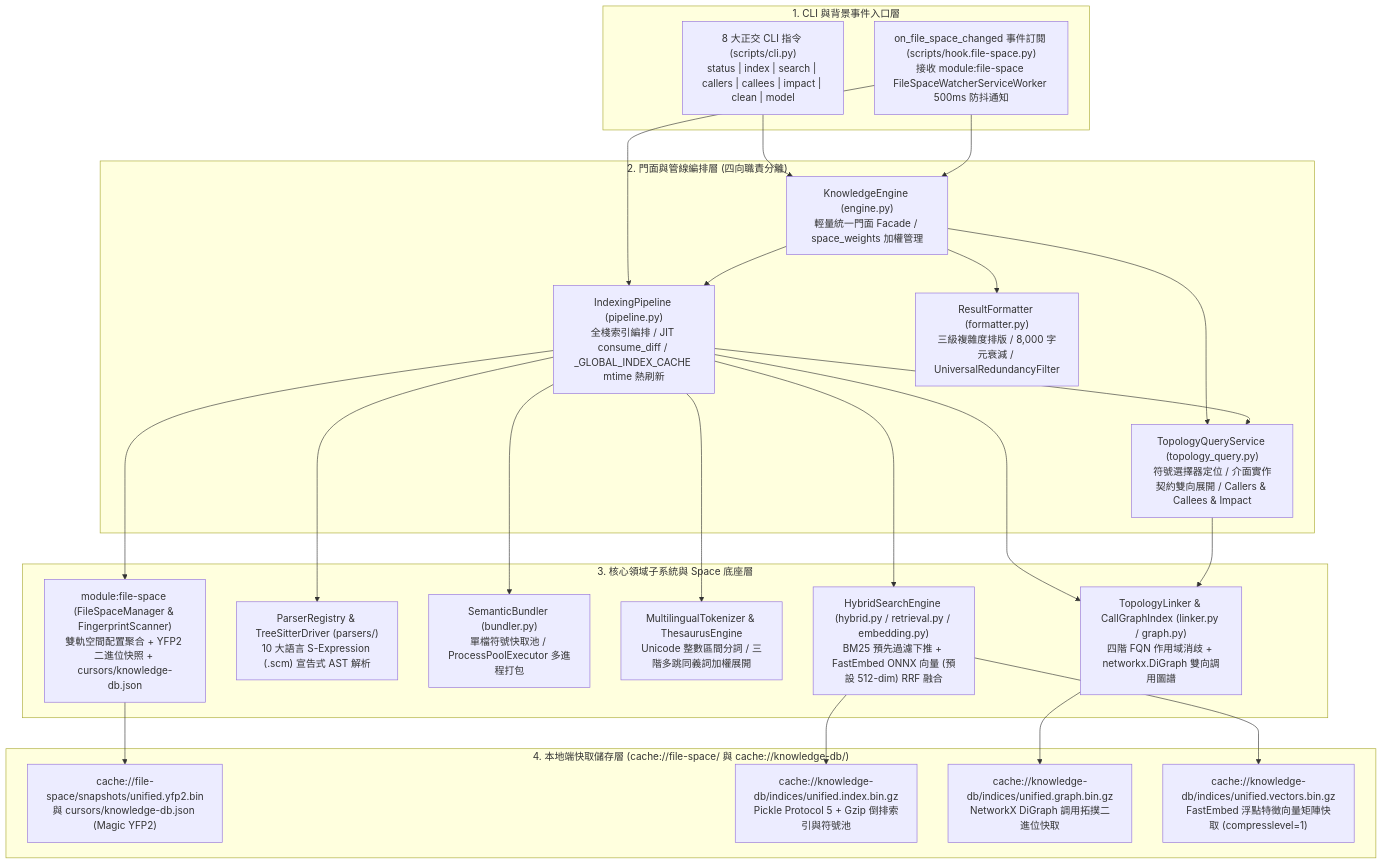
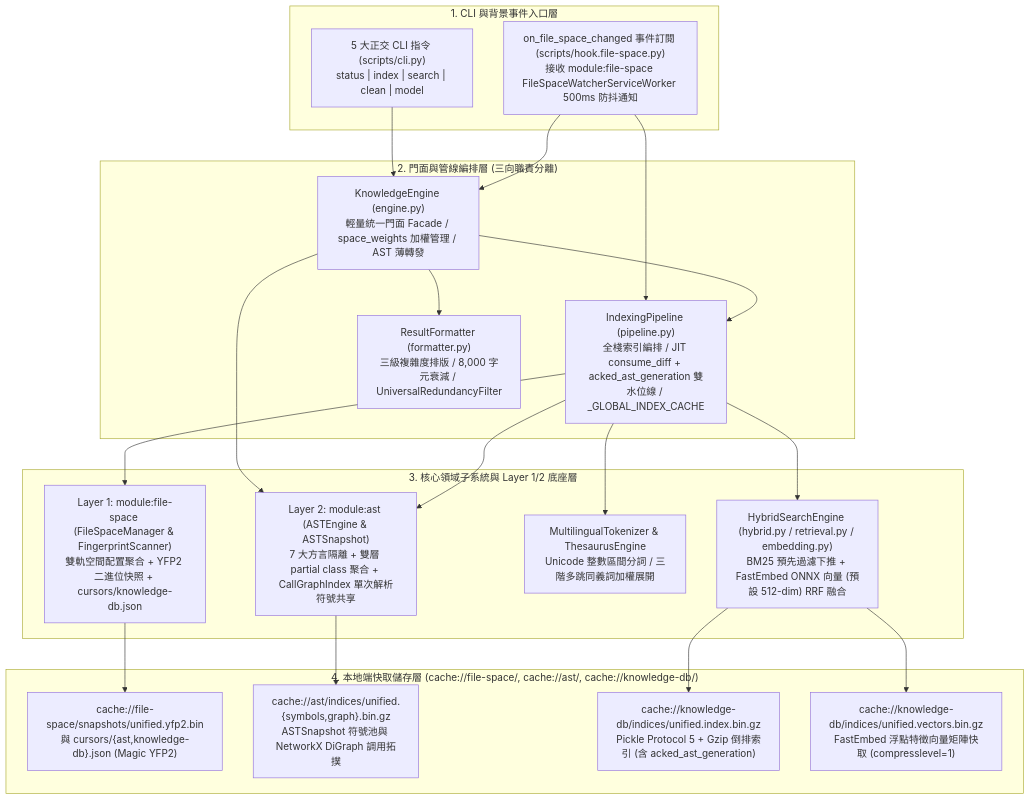
Before and after one commit to ysnaive/ys-codebase: the first of 2 diagrams in docs/knowledge-db/architecture.md, drawn with Mermaid. The commit also changed other lines of this file and 204 other files, not shown here.

First line of the commit message:
feat(ast,file-space,knowledge-db): modularize ast engine, execute Mode A convergence cleanup, and release v1.0.0/v1.2.0

````diff
--- a/docs/knowledge-db/architecture.md
+++ b/docs/knowledge-db/architecture.md
@@ -32,39 +32,35 @@
 ```mermaid
 flowchart TD
     subgraph CLILayer ["1. CLI 與背景事件入口層"]
-        CLI["8 大正交 CLI 指令 (scripts/cli.py)<br/>status | index | search | callers | callees | impact | clean | model"]
+        CLI["5 大正交 CLI 指令 (scripts/cli.py)<br/>status | index | search | clean | model"]
         HookSpace["on_file_space_changed 事件訂閱 (scripts/hook.file-space.py)<br/>接收 module:file-space FileSpaceWatcherServiceWorker 500ms 防抖通知"]
     end
 
-    subgraph FacadeLayer ["2. 門面與管線編排層 (四向職責分離)"]
-        Engine["KnowledgeEngine (engine.py)<br/>輕量統一門面 Facade / space_weights 加權管理"]
-        Pipeline["IndexingPipeline (pipeline.py)<br/>全棧索引編排 / JIT consume_diff / _GLOBAL_INDEX_CACHE mtime 熱刷新"]
-        TopoSvc["TopologyQueryService (topology_query.py)<br/>符號選擇器定位 / 介面實作契約雙向展開 / Callers & Callees & Impact"]
+    subgraph FacadeLayer ["2. 門面與管線編排層 (三向職責分離)"]
+        Engine["KnowledgeEngine (engine.py)<br/>輕量統一門面 Facade / space_weights 加權管理 / AST 薄轉發"]
+        Pipeline["IndexingPipeline (pipeline.py)<br/>全棧索引編排 / JIT consume_diff + acked_ast_generation 雙水位線 / _GLOBAL_INDEX_CACHE"]
         Formatter["ResultFormatter (formatter.py)<br/>三級複雜度排版 / 8,000 字元衰減 / UniversalRedundancyFilter"]
     end
 
-    subgraph CoreSubsystems ["3. 核心領域子系統與 Space 底座層"]
-        SpaceMod["module:file-space (FileSpaceManager & FingerprintScanner)<br/>雙軌空間配置聚合 + YFP2 二進位快照 + cursors/knowledge-db.json"]
-        Parsers["ParserRegistry & TreeSitterDriver (parsers/)<br/>10 大語言 S-Expression (.scm) 宣告式 AST 解析"]
-        Bundler["SemanticBundler (bundler.py)<br/>單檔符號快取池 / ProcessPoolExecutor 多進程打包"]
+    subgraph CoreSubsystems ["3. 核心領域子系統與 Layer 1/2 底座層"]
+        SpaceMod["Layer 1: module:file-space (FileSpaceManager & FingerprintScanner)<br/>雙軌空間配置聚合 + YFP2 二進位快照 + cursors/knowledge-db.json"]
+        ASTMod["Layer 2: module:ast (ASTEngine & ASTSnapshot)<br/>7 大方言隔離 + 雙層 partial class 聚合 + CallGraphIndex 單次解析符號共享"]
         Tokenizer["MultilingualTokenizer & ThesaurusEngine<br/>Unicode 整數區間分詞 / 三階多跳同義詞加權展開"]
         Hybrid["HybridSearchEngine (hybrid.py / retrieval.py / embedding.py)<br/>BM25 預先過濾下推 + FastEmbed ONNX 向量 (預設 512-dim) RRF 融合"]
-        Graph["TopologyLinker & CallGraphIndex (linker.py / graph.py)<br/>四階 FQN 作用域消歧 + networkx.DiGraph 雙向調用圖譜"]
     end
 
-    subgraph StorageLayer ["4. 本地端快取儲存層 (cache://file-space/ 與 cache://knowledge-db/)"]
-        MetaBin["cache://file-space/snapshots/unified.yfp2.bin<br/>與 cursors/knowledge-db.json (Magic YFP2)"]
-        IndexBin["cache://knowledge-db/indices/unified.index.bin.gz<br/>Pickle Protocol 5 + Gzip 倒排索引與符號池"]
-        GraphBin["cache://knowledge-db/indices/unified.graph.bin.gz<br/>NetworkX DiGraph 調用拓撲二進位快取"]
+    subgraph StorageLayer ["4. 本地端快取儲存層 (cache://file-space/, cache://ast/, cache://knowledge-db/)"]
+        MetaBin["cache://file-space/snapshots/unified.yfp2.bin<br/>與 cursors/{ast,knowledge-db}.json (Magic YFP2)"]
+        ASTBin["cache://ast/indices/unified.{symbols,graph}.bin.gz<br/>ASTSnapshot 符號池與 NetworkX DiGraph 調用拓撲"]
+        IndexBin["cache://knowledge-db/indices/unified.index.bin.gz<br/>Pickle Protocol 5 + Gzip 倒排索引 (含 acked_ast_generation)"]
         VecBin["cache://knowledge-db/indices/unified.vectors.bin.gz<br/>FastEmbed 浮點特徵向量矩陣快取 (compresslevel=1)"]
     end
 
     CLI --> Engine
     HookSpace --> Engine & Pipeline
-    Engine --> Pipeline & TopoSvc & Formatter
-    Pipeline --> TopoSvc & SpaceMod & Parsers & Bundler & Tokenizer & Hybrid & Graph
-    TopoSvc --> Graph
+    Engine --> Pipeline & ASTMod & Formatter
+    Pipeline --> SpaceMod & ASTMod & Tokenizer & Hybrid
     SpaceMod --> MetaBin
+    ASTMod --> ASTBin
     Hybrid --> IndexBin & VecBin
-    Graph --> GraphBin
 ```
````
